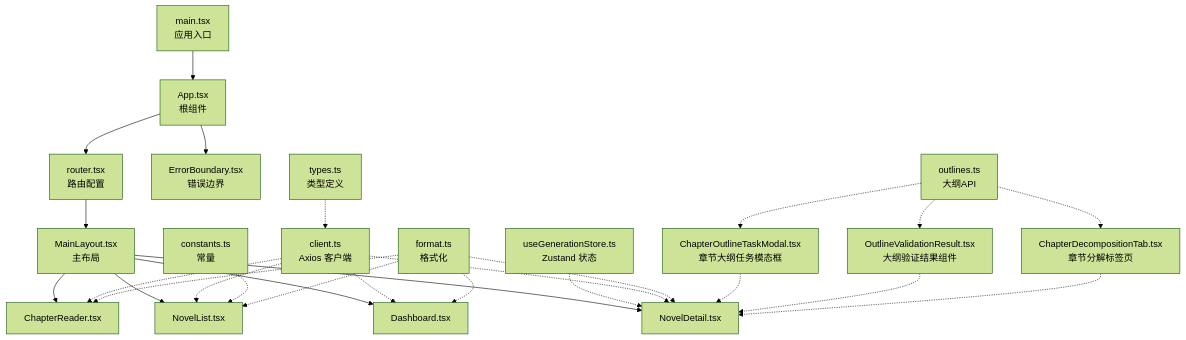
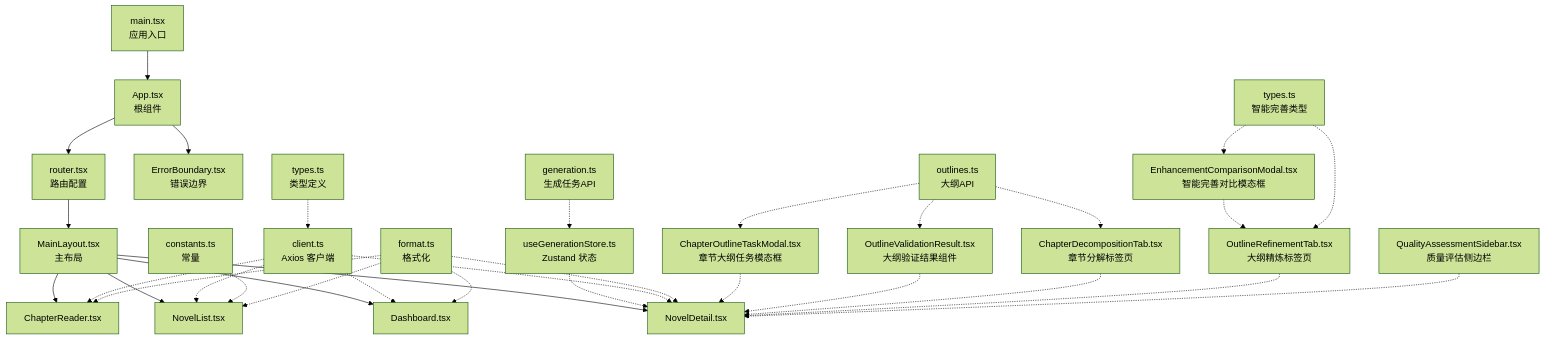
One commit to xfbyxq/ai-novel-system changed the first of 7 diagrams in .qoder/repowiki/zh/content/前端架构/前端架构.md. Above: the diagram before and after it, drawn with Mermaid (forest theme). The commit also changed other lines of this file and 17 other files, not shown here.

````diff
--- a/.qoder/repowiki/zh/content/前端架构/前端架构.md
+++ b/.qoder/repowiki/zh/content/前端架构/前端架构.md
@@ -55,28 +66,34 @@
 ```mermaid
 graph TB
 A["main.tsx<br/>应用入口"] --> B["App.tsx<br/>根组件"]
 B --> C["router.tsx<br/>路由配置"]
 C --> D["MainLayout.tsx<br/>主布局"]
 D --> E["Dashboard.tsx"]
 D --> F["NovelList.tsx"]
 D --> G["NovelDetail.tsx"]
 D --> H["ChapterReader.tsx"]
 B --> I["ErrorBoundary.tsx<br/>错误边界"]
 J["useGenerationStore.ts<br/>Zustand 状态"] -.-> G
 K["client.ts<br/>Axios 客户端"] -.-> E
 K -.-> F
 K -.-> G
 K -.-> H
 L["types.ts<br/>类型定义"] -.-> K
 M["constants.ts<br/>常量"] -.-> F
 N["format.ts<br/>格式化"] -.-> E
 N -.-> F
 N -.-> G
 N -.-> H
 O["ChapterOutlineTaskModal.tsx<br/>章节大纲任务模态框"] -.-> G
 P["OutlineValidationResult.tsx<br/>大纲验证结果组件"] -.-> G
 Q["ChapterDecompositionTab.tsx<br/>章节分解标签页"] -.-> G
 R["outlines.ts<br/>大纲API"] -.-> O
 R -.-> P
 R -.-> Q
+S["OutlineRefinementTab.tsx<br/>大纲精炼标签页"] -.-> G
+T["EnhancementComparisonModal.tsx<br/>智能完善对比模态框"] -.-> S
+U["QualityAssessmentSidebar.tsx<br/>质量评估侧边栏"] -.-> G
+V["generation.ts<br/>生成任务API"] -.-> J
+W["types.ts<br/>智能完善类型"] -.-> S
+W -.-> T
 ```
````
